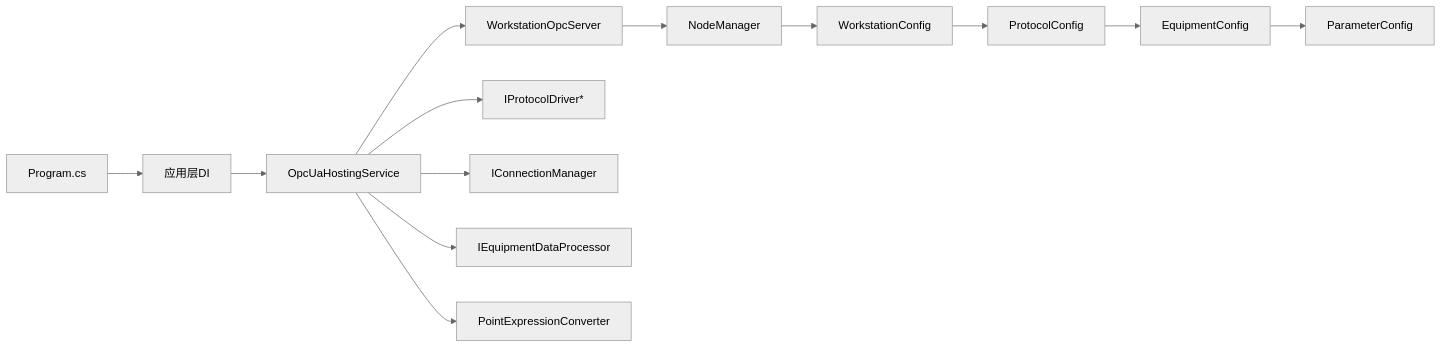
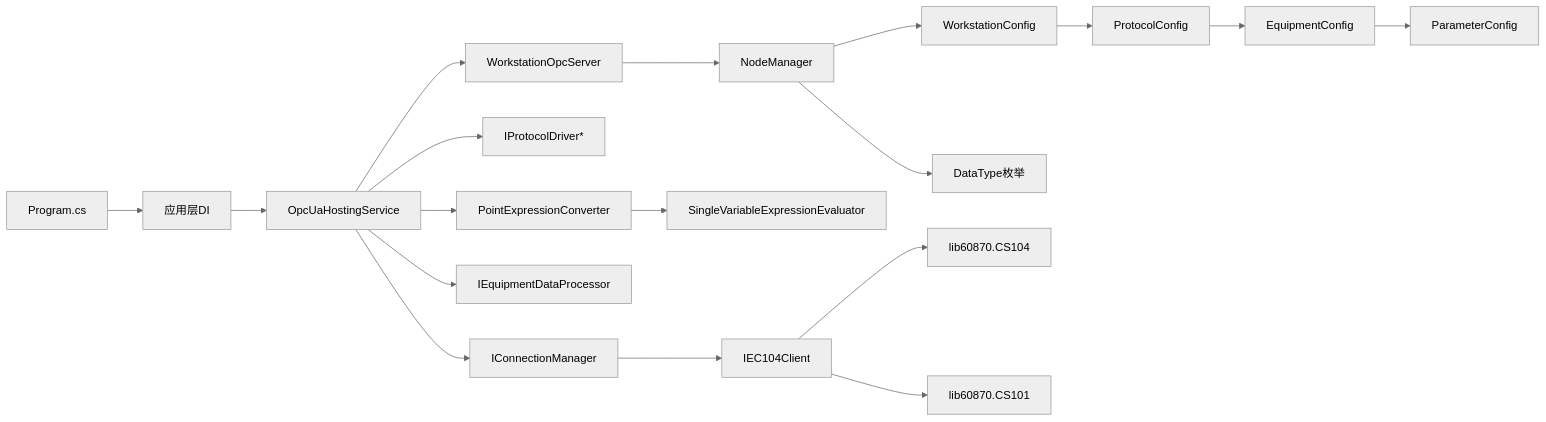
One commit to whitemousetl/IndustrialDataSolution changed diagram 11 of 11 in .qoder/repowiki/zh/content/OPC UA集成/OPC UA集成.md. Above: the diagram before and after it, drawn with Mermaid (neutral theme). The commit also changed other lines of this file and 18 other files, not shown here.

````diff
--- a/.qoder/repowiki/zh/content/OPC UA集成/OPC UA集成.md
+++ b/.qoder/repowiki/zh/content/OPC UA集成/OPC UA集成.md
@@ -285,15 +513,20 @@
 ```mermaid
 graph LR
 Program["Program.cs"] --> AppDI["应用层DI"]
 AppDI --> HostSvc["OpcUaHostingService"]
 HostSvc --> Server["WorkstationOpcServer"]
 Server --> NM["NodeManager"]
 HostSvc --> Drivers["IProtocolDriver*"]
 HostSvc --> ConnMgr["IConnectionManager"]
 HostSvc --> Proc["IEquipmentDataProcessor"]
 HostSvc --> Conv["PointExpressionConverter"]
 NM --> WSCfg["WorkstationConfig"]
 WSCfg --> ProtoCfg["ProtocolConfig"]
 ProtoCfg --> EqCfg["EquipmentConfig"]
 EqCfg --> ParamCfg["ParameterConfig"]
+NM --> DataType["DataType枚举"]
+Conv --> SVExp["SingleVariableExpressionEvaluator"]
+ConnMgr --> IEC104["IEC104Client"]
+IEC104 --> CS104Lib["lib60870.CS104"]
+IEC104 --> CS101Lib["lib60870.CS101"]
 ```
````
